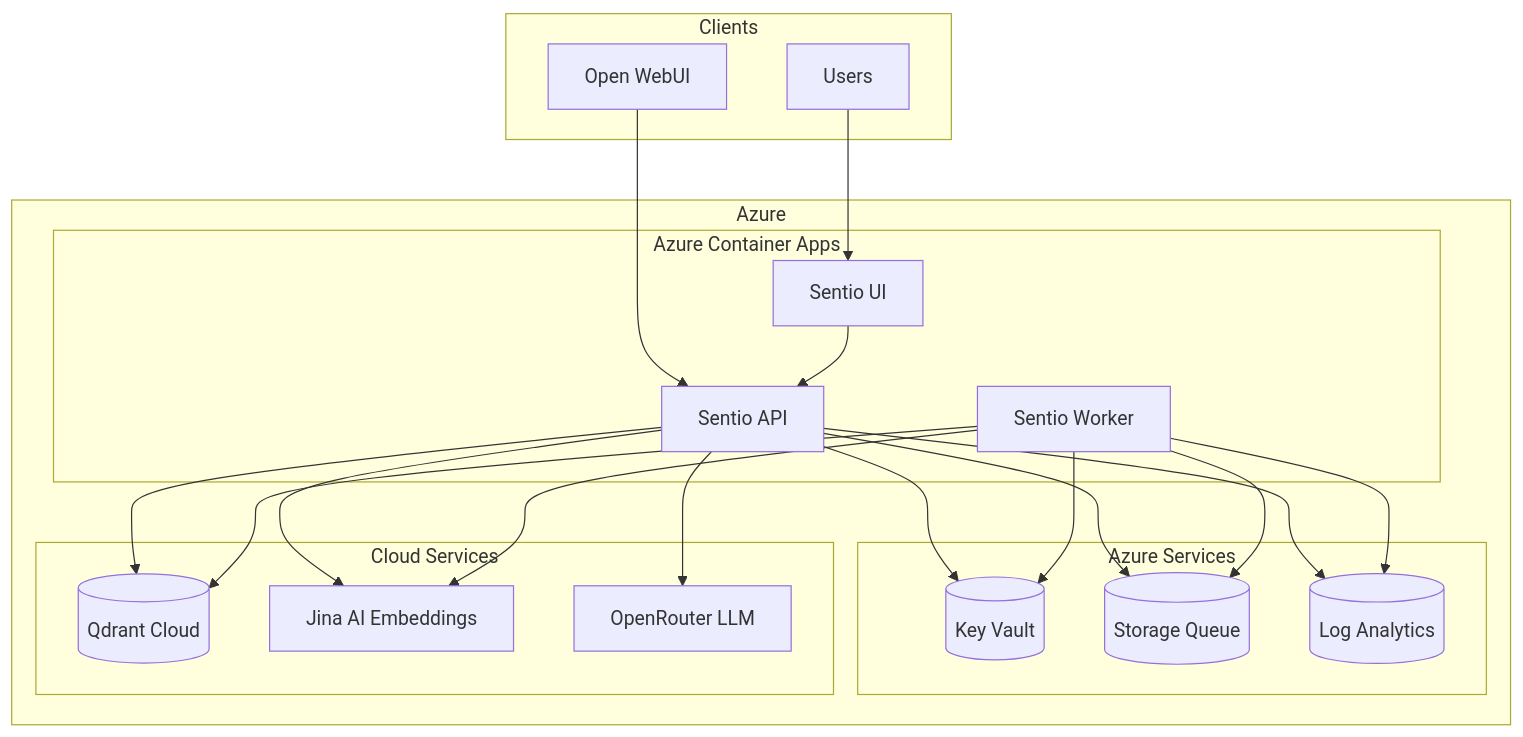
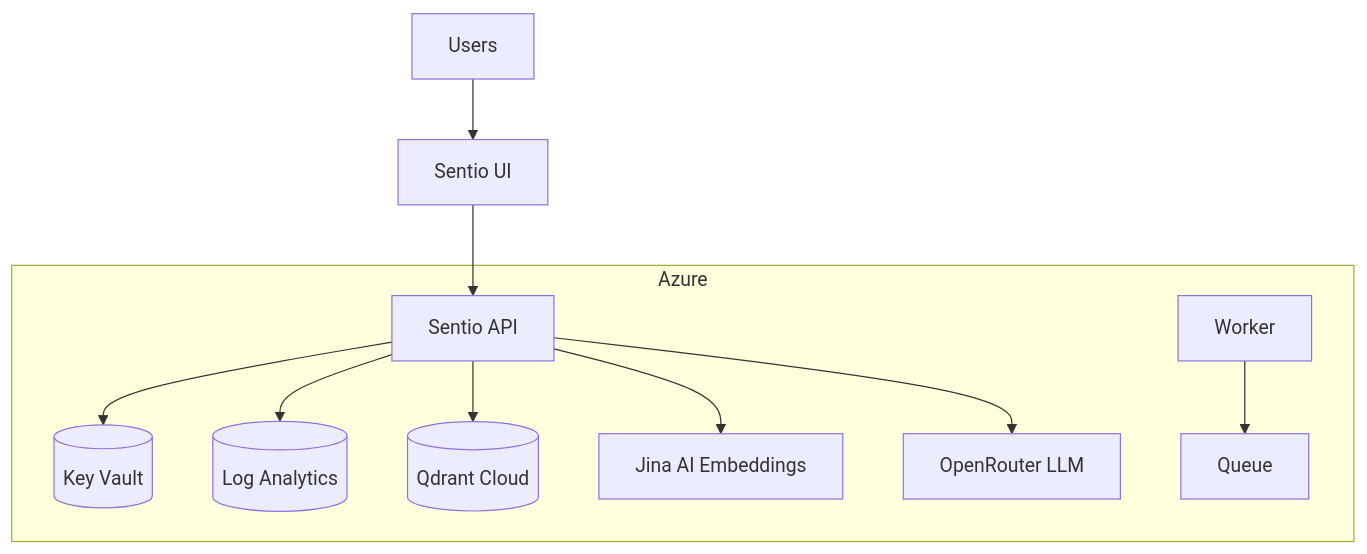
The second of 2 diagrams in README.md (chernistry/sentio), drawn with Mermaid before and after one commit. The commit also changed other lines of this file, not shown here.

Commit message:
refactor(readme): streamline README content for clarity and conciseness. Update project description, version history, and key features sections. Enhance formatting and remove outdated information to improve user onboarding experience.

````diff
--- a/README.md
+++ b/README.md
@@ -86,45 +72,12 @@
 ```mermaid
 graph TD
-    subgraph Clients
-        U[Users]
-        W[Open WebUI]
-    end
-
-    subgraph Azure
-        subgraph ACA ["Azure Container Apps"]
-            API[Sentio API]
-            Worker[Sentio Worker]
-            UI[Sentio UI]
-        end
-
-        subgraph Services ["Azure Services"]
-            KV[(Key Vault)]
-            Queue[(Storage Queue)]
-            LOG[(Log Analytics)]
-        end
-
-        subgraph CloudServices ["Cloud Services"]
-            QdrantCloud[(Qdrant Cloud)]
-            JinaAI[Jina AI Embeddings]
-            OpenRouter[OpenRouter LLM]
-        end
-
-        U --> UI
-        W --> API
-
-        API --> Queue
-        API --> QdrantCloud
-        API --> KV
-        API --> LOG
-        API --> JinaAI
-        API --> OpenRouter
-
-        Worker --> Queue
-        Worker --> QdrantCloud
-        Worker --> KV
-        Worker --> LOG
-        Worker --> JinaAI
-
-        UI --> API
-    end
+  subgraph Azure
+    API[Sentio API] --> KV[(Key Vault)]
+    API --> LOG[(Log Analytics)]
+    API --> QdrantCloud[(Qdrant Cloud)]
+    API --> JinaAI[Jina AI Embeddings]
+    API --> OpenRouter[OpenRouter LLM]
+    Worker --> Queue
+  end
+  Users --> UI[Sentio UI] --> API
 ```
````
